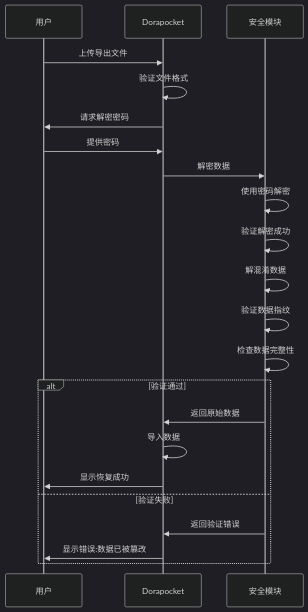
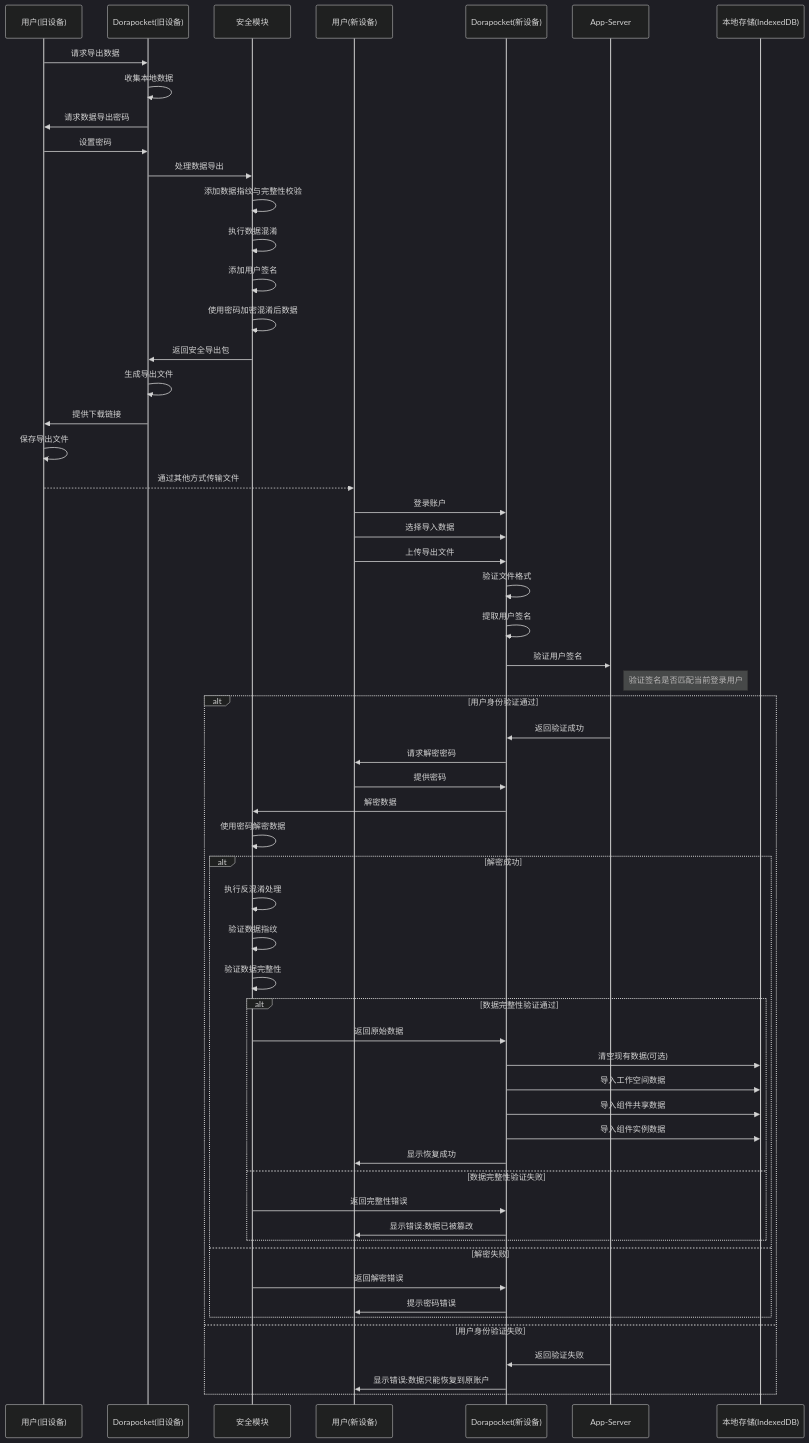
Before and after one commit to yingjianzh/iodraw-files: the diagram in all/未命名-34.md, drawn with Mermaid (dark theme).

Commit message:
2025-04-17 16:41:51 update

````diff
--- a/all/未命名-34.md
+++ b/all/未命名-34.md
@@ -1,28 +1,74 @@
 ```mermaid
 sequenceDiagram
-    participant User as 用户
-    participant App as Dorapocket
+    participant UserOld as 用户(旧设备)
+    participant AppOld as Dorapocket(旧设备)
     participant Security as 安全模块
+    participant UserNew as 用户(新设备)
+    participant AppNew as Dorapocket(新设备)
+    participant AppServer as App-Server
+    participant LocalDB as 本地存储(IndexedDB)
     
-    User->>App: 上传导出文件
-    App->>App: 验证文件格式
-    App->>User: 请求解密密码
-    User->>App: 提供密码
+    %% 导出流程
+    UserOld->>AppOld: 请求导出数据
+    AppOld->>AppOld: 收集本地数据
+    AppOld->>UserOld: 请求数据导出密码
+    UserOld->>AppOld: 设置密码
     
-    App->>Security: 解密数据
-    Security->>Security: 使用密码解密
-    Security->>Security: 验证解密成功
+    AppOld->>Security: 处理数据导出
+    Security->>Security: 添加数据指纹与完整性校验
+    Security->>Security: 执行数据混淆
+    Security->>Security: 添加用户签名
+    Security->>Security: 使用密码加密混淆后数据
+    Security->>AppOld: 返回安全导出包
     
-    Security->>Security: 解混淆数据
-    Security->>Security: 验证数据指纹
-    Security->>Security: 检查数据完整性
+    AppOld->>AppOld: 生成导出文件
+    AppOld->>UserOld: 提供下载链接
+    UserOld->>UserOld: 保存导出文件
     
-    alt 验证通过
-        Security->>App: 返回原始数据
-        App->>App: 导入数据
-        App->>User: 显示恢复成功
-    else 验证失败
-        Security->>App: 返回验证错误
-        App->>User: 显示错误:数据已被篡改
+    %% 传输文件(由用户完成)
+    UserOld-->>UserNew: 通过其他方式传输文件
+    
+    %% 恢复流程
+    UserNew->>AppNew: 登录账户
+    UserNew->>AppNew: 选择导入数据
+    UserNew->>AppNew: 上传导出文件
+    
+    AppNew->>AppNew: 验证文件格式
+    AppNew->>AppNew: 提取用户签名
+    
+    AppNew->>AppServer: 验证用户签名
+    note right of AppServer: 验证签名是否匹配当前登录用户
+    
+    alt 用户身份验证通过
+        AppServer->>AppNew: 返回验证成功
+        AppNew->>UserNew: 请求解密密码
+        UserNew->>AppNew: 提供密码
+        
+        AppNew->>Security: 解密数据
+        Security->>Security: 使用密码解密数据
+        
+        alt 解密成功
+            Security->>Security: 执行反混淆处理
+            Security->>Security: 验证数据指纹
+            Security->>Security: 验证数据完整性
+            
+            alt 数据完整性验证通过
+                Security->>AppNew: 返回原始数据
+                AppNew->>LocalDB: 清空现有数据(可选)
+                AppNew->>LocalDB: 导入工作空间数据
+                AppNew->>LocalDB: 导入组件共享数据
+                AppNew->>LocalDB: 导入组件实例数据
+                AppNew->>UserNew: 显示恢复成功
+            else 数据完整性验证失败
+                Security->>AppNew: 返回完整性错误
+                AppNew->>UserNew: 显示错误:数据已被篡改
+            end
+        else 解密失败
+            Security->>AppNew: 返回解密错误
+            AppNew->>UserNew: 提示密码错误
+        end
+    else 用户身份验证失败
+        AppServer->>AppNew: 返回验证失败
+        AppNew->>UserNew: 显示错误:数据只能恢复到原账户
     end
 ```
````
